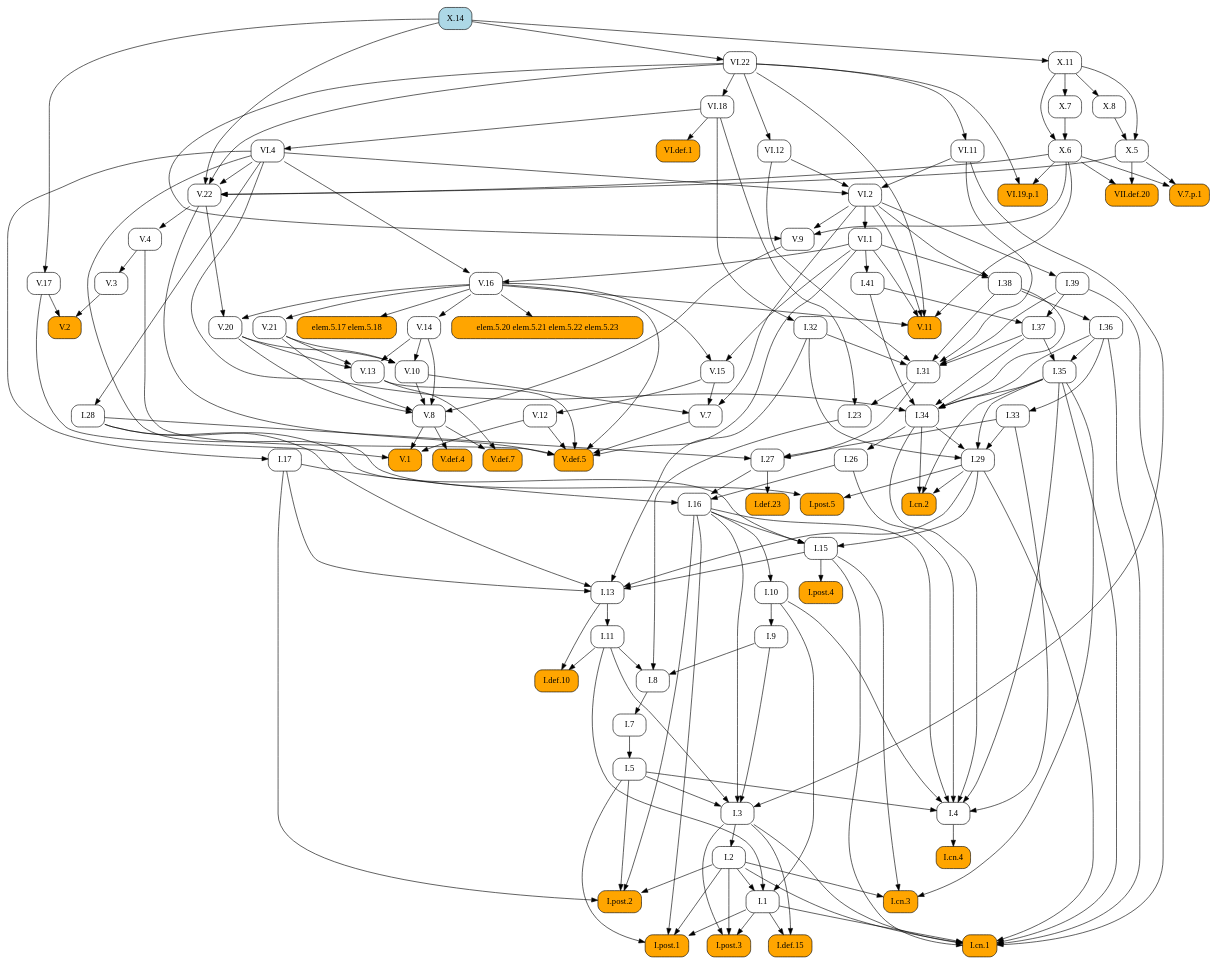
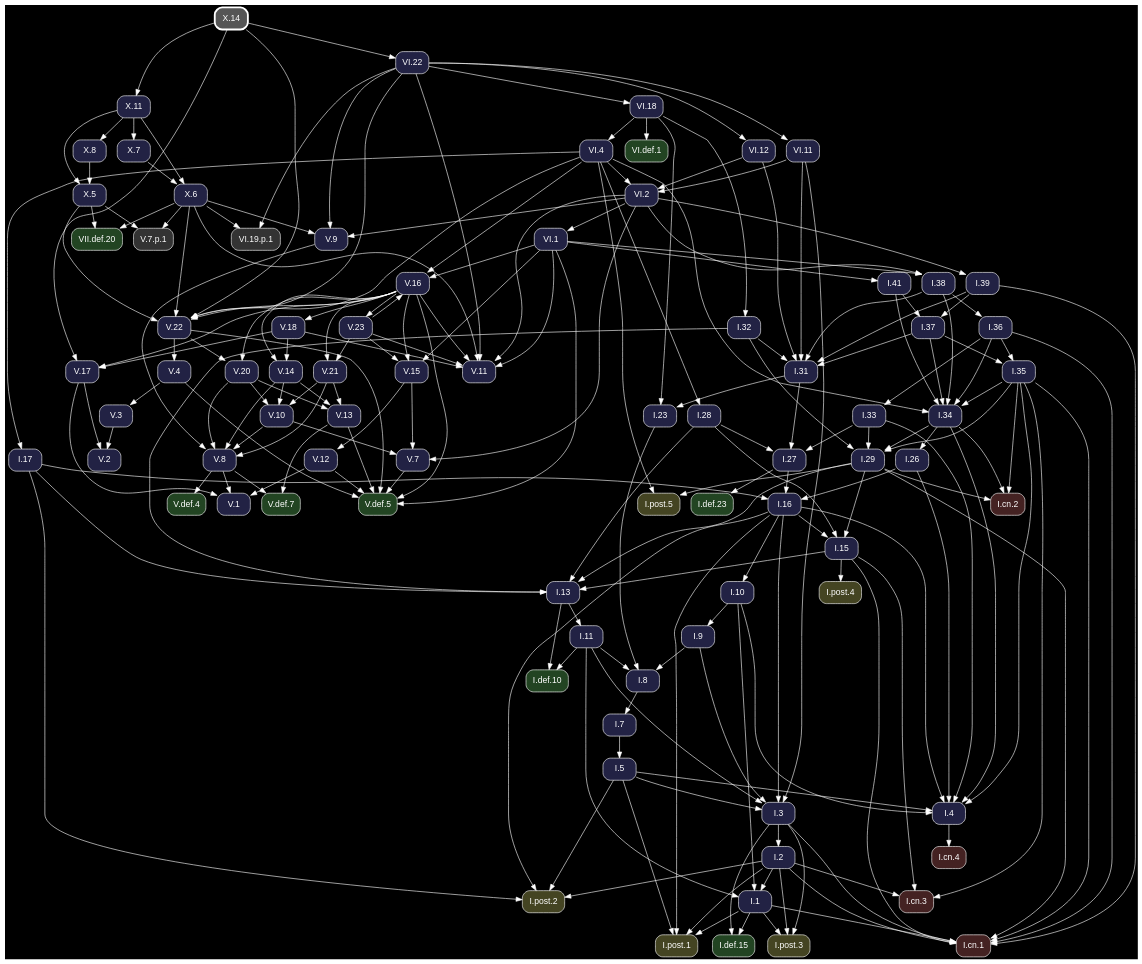
The diagram in docsrc/heath/X/14/index.rst (geometor/elements), drawn with Graphviz before and after one commit. The commit also changed other lines of this file and 1200 other files, not shown here.

Commit message:
update dependency graphs

```diff
--- a/docsrc/heath/X/14/index.rst
+++ b/docsrc/heath/X/14/index.rst
@@ -45,217 +45,97 @@
 .. graphviz::
 
    digraph {
+     bgcolor="black";
+     node [shape=box, style="rounded,filled", fontname="Helvetica", color="white", fontcolor="white"];
+     edge [color="white", fontcolor="white"];
      rankdir="TB";
-     node [shape=box, style=rounded];
-     "I.23" [URL="/heath/I/23/", target="_top"];
-     "I.9" [URL="/heath/I/9/", target="_top"];
-     "VI.def.1" [style="rounded,filled", fillcolor=orange, URL="/heath/VI/def.1/", target="_top"];
-     "V.13" [URL="/heath/V/13/", target="_top"];
-     "I.def.15" [style="rounded,filled", fillcolor=orange, URL="/heath/I/def.15/", target="_top"];
-     "V.7" [URL="/heath/V/7/", target="_top"];
-     "elem.5.17 elem.5.18" [style="rounded,filled", fillcolor=orange];
-     "V.7.p.1" [style="rounded,filled", fillcolor=orange];
-     "I.post.1" [style="rounded,filled", fillcolor=orange, URL="/heath/I/post.1/", target="_top"];
-     "V.14" [URL="/heath/V/14/", target="_top"];
-     "X.6" [URL="/heath/X/6/", target="_top"];
-     "V.9" [URL="/heath/V/9/", target="_top"];
-     "I.31" [URL="/heath/I/31/", target="_top"];
-     "V.10" [URL="/heath/V/10/", target="_top"];
-     "I.def.10" [style="rounded,filled", fillcolor=orange, URL="/heath/I/def.10/", target="_top"];
-     "V.4" [URL="/heath/V/4/", target="_top"];
-     "VI.1" [URL="/heath/VI/1/", target="_top"];
-     "I.39" [URL="/heath/I/39/", target="_top"];
-     "V.11" [style="rounded,filled", fillcolor=orange, URL="/heath/V/11/", target="_top"];
-     "V.17" [URL="/heath/V/17/", target="_top"];
-     "I.34" [URL="/heath/I/34/", target="_top"];
-     "VII.def.20" [style="rounded,filled", fillcolor=orange, URL="/heath/VII/def.20/", target="_top"];
-     "I.3" [URL="/heath/I/3/", target="_top"];
-     "V.def.4" [style="rounded,filled", fillcolor=orange, URL="/heath/V/def.4/", target="_top"];
-     "V.def.7" [style="rounded,filled", fillcolor=orange, URL="/heath/V/def.7/", target="_top"];
-     "I.2" [URL="/heath/I/2/", target="_top"];
-     "V.21" [URL="/heath/V/21/", target="_top"];
-     "V.3" [URL="/heath/V/3/", target="_top"];
-     "I.13" [URL="/heath/I/13/", target="_top"];
-     "I.post.4" [style="rounded,filled", fillcolor=orange, URL="/heath/I/post.4/", target="_top"];
-     "I.4" [URL="/heath/I/4/", target="_top"];
-     "I.1" [URL="/heath/I/1/", target="_top"];
-     "I.8" [URL="/heath/I/8/", target="_top"];
-     "I.17" [URL="/heath/I/17/", target="_top"];
-     "VI.22" [URL="/heath/VI/22/", target="_top"];
-     "I.29" [URL="/heath/I/29/", target="_top"];
-     "V.8" [URL="/heath/V/8/", target="_top"];
-     "I.38" [URL="/heath/I/38/", target="_top"];
-     "I.15" [URL="/heath/I/15/", target="_top"];
-     "I.10" [URL="/heath/I/10/", target="_top"];
-     "I.11" [URL="/heath/I/11/", target="_top"];
-     "I.def.23" [style="rounded,filled", fillcolor=orange, URL="/heath/I/def.23/", target="_top"];
-     "X.14" [style="rounded,filled", fillcolor=lightblue, URL="/heath/X/14/", target="_top"];
-     "VI.4" [URL="/heath/VI/4/", target="_top"];
-     "I.26" [URL="/heath/I/26/", target="_top"];
-     "V.16" [URL="/heath/V/16/", target="_top"];
-     "I.33" [URL="/heath/I/33/", target="_top"];
-     "I.32" [URL="/heath/I/32/", target="_top"];
-     "X.11" [URL="/heath/X/11/", target="_top"];
-     "X.8" [URL="/heath/X/8/", target="_top"];
-     "I.post.3" [style="rounded,filled", fillcolor=orange, URL="/heath/I/post.3/", target="_top"];
-     "V.def.5" [style="rounded,filled", fillcolor=orange, URL="/heath/V/def.5/", target="_top"];
-     "V.20" [URL="/heath/V/20/", target="_top"];
-     "I.27" [URL="/heath/I/27/", target="_top"];
-     "V.12" [URL="/heath/V/12/", target="_top"];
-     "I.35" [URL="/heath/I/35/", target="_top"];
-     "I.cn.1" [style="rounded,filled", fillcolor=orange, URL="/heath/I/cn.1/", target="_top"];
-     "V.2" [style="rounded,filled", fillcolor=orange, URL="/heath/V/2/", target="_top"];
-     "I.7" [URL="/heath/I/7/", target="_top"];
-     "I.36" [URL="/heath/I/36/", target="_top"];
-     "X.5" [URL="/heath/X/5/", target="_top"];
-     "I.5" [URL="/heath/I/5/", target="_top"];
-     "I.37" [URL="/heath/I/37/", target="_top"];
-     "VI.19.p.1" [style="rounded,filled", fillcolor=orange];
-     "I.cn.3" [style="rounded,filled", fillcolor=orange, URL="/heath/I/cn.3/", target="_top"];
-     "I.16" [URL="/heath/I/16/", target="_top"];
-     "X.7" [URL="/heath/X/7/", target="_top"];
-     "VI.18" [URL="/heath/VI/18/", target="_top"];
-     "V.1" [style="rounded,filled", fillcolor=orange, URL="/heath/V/1/", target="_top"];
-     "V.22" [URL="/heath/V/22/", target="_top"];
-     "VI.12" [URL="/heath/VI/12/", target="_top"];
-     "I.cn.2" [style="rounded,filled", fillcolor=orange, URL="/heath/I/cn.2/", target="_top"];
-     "I.post.5" [style="rounded,filled", fillcolor=orange, URL="/heath/I/post.5/", target="_top"];
-     "VI.2" [URL="/heath/VI/2/", target="_top"];
-     "I.28" [URL="/heath/I/28/", target="_top"];
-     "I.cn.4" [style="rounded,filled", fillcolor=orange, URL="/heath/I/cn.4/", target="_top"];
-     "V.15" [URL="/heath/V/15/", target="_top"];
-     "I.post.2" [style="rounded,filled", fillcolor=orange, URL="/heath/I/post.2/", target="_top"];
-     "I.41" [URL="/heath/I/41/", target="_top"];
-     "VI.11" [URL="/heath/VI/11/", target="_top"];
-     "elem.5.20 elem.5.21 elem.5.22 elem.5.23" [style="rounded,filled", fillcolor=orange];
-     "I.31" -> "I.23";
-     "VI.18" -> "I.23";
-     "I.10" -> "I.9";
-     "VI.18" -> "VI.def.1";
-     "V.14" -> "V.13";
-     "V.20" -> "V.13";
-     "V.21" -> "V.13";
-     "I.1" -> "I.def.15";
-     "I.3" -> "I.def.15";
-     "V.10" -> "V.7";
-     "V.15" -> "V.7";
-     "VI.2" -> "V.7";
-     "V.16" -> "elem.5.17 elem.5.18";
-     "X.5" -> "V.7.p.1";
-     "X.6" -> "V.7.p.1";
-     "I.1" -> "I.post.1";
-     "I.2" -> "I.post.1";
-     "I.5" -> "I.post.1";
-     "I.16" -> "I.post.1";
-     "V.16" -> "V.14";
+     "V.15" [fillcolor="#222244", URL="/heath/V/15/", target="_top"];
+     "X.6" [fillcolor="#222244", URL="/heath/X/6/", target="_top"];
+     "I.32" [fillcolor="#222244", URL="/heath/I/32/", target="_top"];
+     "I.cn.1" [fillcolor="#442222", URL="/heath/I/cn.1/", target="_top"];
+     "V.18" [fillcolor="#222244", URL="/heath/V/18/", target="_top"];
+     "V.14" [fillcolor="#222244", URL="/heath/V/14/", target="_top"];
+     "I.28" [fillcolor="#222244", URL="/heath/I/28/", target="_top"];
+     "I.27" [fillcolor="#222244", URL="/heath/I/27/", target="_top"];
+     "V.23" [fillcolor="#222244", URL="/heath/V/23/", target="_top"];
+     "I.2" [fillcolor="#222244", URL="/heath/I/2/", target="_top"];
+     "I.41" [fillcolor="#222244", URL="/heath/I/41/", target="_top"];
+     "I.post.4" [fillcolor="#444422", URL="/heath/I/post.4/", target="_top"];
+     "I.26" [fillcolor="#222244", URL="/heath/I/26/", target="_top"];
+     "I.8" [fillcolor="#222244", URL="/heath/I/8/", target="_top"];
+     "V.4" [fillcolor="#222244", URL="/heath/V/4/", target="_top"];
+     "V.16" [fillcolor="#222244", URL="/heath/V/16/", target="_top"];
+     "VI.2" [fillcolor="#222244", URL="/heath/VI/2/", target="_top"];
+     "I.7" [fillcolor="#222244", URL="/heath/I/7/", target="_top"];
+     "I.5" [fillcolor="#222244", URL="/heath/I/5/", target="_top"];
+     "VI.22" [fillcolor="#222244", URL="/heath/VI/22/", target="_top"];
+     "V.11" [fillcolor="#222244", URL="/heath/V/11/", target="_top"];
+     "V.def.4" [fillcolor="#224422", URL="/heath/V/def.4/", target="_top"];
+     "V.20" [fillcolor="#222244", URL="/heath/V/20/", target="_top"];
+     "X.5" [fillcolor="#222244", URL="/heath/X/5/", target="_top"];
+     "I.11" [fillcolor="#222244", URL="/heath/I/11/", target="_top"];
+     "I.37" [fillcolor="#222244", URL="/heath/I/37/", target="_top"];
+     "I.cn.3" [fillcolor="#442222", URL="/heath/I/cn.3/", target="_top"];
+     "I.36" [fillcolor="#222244", URL="/heath/I/36/", target="_top"];
+     "I.38" [fillcolor="#222244", URL="/heath/I/38/", target="_top"];
+     "I.post.2" [fillcolor="#444422", URL="/heath/I/post.2/", target="_top"];
+     "I.def.23" [fillcolor="#224422", URL="/heath/I/def.23/", target="_top"];
+     "X.8" [fillcolor="#222244", URL="/heath/X/8/", target="_top"];
+     "I.35" [fillcolor="#222244", URL="/heath/I/35/", target="_top"];
+     "X.14" [penwidth=3, color="white", fillcolor="#555555", URL="/heath/X/14/", target="_top"];
+     "I.post.3" [fillcolor="#444422", URL="/heath/I/post.3/", target="_top"];
+     "V.13" [fillcolor="#222244", URL="/heath/V/13/", target="_top"];
+     "VI.11" [fillcolor="#222244", URL="/heath/VI/11/", target="_top"];
+     "V.8" [fillcolor="#222244", URL="/heath/V/8/", target="_top"];
+     "I.33" [fillcolor="#222244", URL="/heath/I/33/", target="_top"];
+     "V.10" [fillcolor="#222244", URL="/heath/V/10/", target="_top"];
+     "I.17" [fillcolor="#222244", URL="/heath/I/17/", target="_top"];
+     "V.def.5" [fillcolor="#224422", URL="/heath/V/def.5/", target="_top"];
+     "V.22" [fillcolor="#222244", URL="/heath/V/22/", target="_top"];
+     "I.31" [fillcolor="#222244", URL="/heath/I/31/", target="_top"];
+     "I.3" [fillcolor="#222244", URL="/heath/I/3/", target="_top"];
+     "V.12" [fillcolor="#222244", URL="/heath/V/12/", target="_top"];
+     "I.def.10" [fillcolor="#224422", URL="/heath/I/def.10/", target="_top"];
+     "I.15" [fillcolor="#222244", URL="/heath/I/15/", target="_top"];
+     "VII.def.20" [fillcolor="#224422", URL="/heath/VII/def.20/", target="_top"];
+     "I.39" [fillcolor="#222244", URL="/heath/I/39/", target="_top"];
+     "X.11" [fillcolor="#222244", URL="/heath/X/11/", target="_top"];
+     "I.13" [fillcolor="#222244", URL="/heath/I/13/", target="_top"];
+     "X.7" [fillcolor="#222244", URL="/heath/X/7/", target="_top"];
+     "VI.18" [fillcolor="#222244", URL="/heath/VI/18/", target="_top"];
+     "I.cn.2" [fillcolor="#442222", URL="/heath/I/cn.2/", target="_top"];
+     "I.9" [fillcolor="#222244", URL="/heath/I/9/", target="_top"];
+     "VI.19.p.1" [fillcolor="#333333"];
+     "VI.def.1" [fillcolor="#224422", URL="/heath/VI/def.1/", target="_top"];
+     "I.post.5" [fillcolor="#444422", URL="/heath/I/post.5/", target="_top"];
+     "I.1" [fillcolor="#222244", URL="/heath/I/1/", target="_top"];
+     "I.23" [fillcolor="#222244", URL="/heath/I/23/", target="_top"];
+     "I.4" [fillcolor="#222244", URL="/heath/I/4/", target="_top"];
+     "VI.4" [fillcolor="#222244", URL="/heath/VI/4/", target="_top"];
+     "V.7" [fillcolor="#222244", URL="/heath/V/7/", target="_top"];
+     "VI.12" [fillcolor="#222244", URL="/heath/VI/12/", target="_top"];
+     "V.9" [fillcolor="#222244", URL="/heath/V/9/", target="_top"];
+     "VI.1" [fillcolor="#222244", URL="/heath/VI/1/", target="_top"];
+     "I.10" [fillcolor="#222244", URL="/heath/I/10/", target="_top"];
+     "V.def.7" [fillcolor="#224422", URL="/heath/V/def.7/", target="_top"];
+     "I.post.1" [fillcolor="#444422", URL="/heath/I/post.1/", target="_top"];
+     "I.16" [fillcolor="#222244", URL="/heath/I/16/", target="_top"];
+     "I.29" [fillcolor="#222244", URL="/heath/I/29/", target="_top"];
+     "I.cn.4" [fillcolor="#442222", URL="/heath/I/cn.4/", target="_top"];
+     "V.2" [fillcolor="#222244", URL="/heath/V/2/", target="_top"];
+     "V.1" [fillcolor="#222244", URL="/heath/V/1/", target="_top"];
+     "V.21" [fillcolor="#222244", URL="/heath/V/21/", target="_top"];
+     "V.7.p.1" [fillcolor="#333333"];
+     "I.34" [fillcolor="#222244", URL="/heath/I/34/", target="_top"];
+     "I.def.15" [fillcolor="#224422", URL="/heath/I/def.15/", target="_top"];
+     "V.3" [fillcolor="#222244", URL="/heath/V/3/", target="_top"];
+     "V.17" [fillcolor="#222244", URL="/heath/V/17/", target="_top"];
+     "V.16" -> "V.15";
+     "V.23" -> "V.15";
+     "VI.1" -> "V.15";
      "X.7" -> "X.6";
      "X.11" -> "X.6";
-     "VI.2" -> "V.9";
-     "VI.22" -> "V.9";
-     "X.6" -> "V.9";
-     "I.32" -> "I.31";
-     "I.37" -> "I.31";
-     "I.38" -> "I.31";
-     "I.39" -> "I.31";
-     "VI.11" -> "I.31";
-     "VI.12" -> "I.31";
-     "V.14" -> "V.10";
-     "V.20" -> "V.10";
-     "V.21" -> "V.10";
-     "I.11" -> "I.def.10";
-     "I.13" -> "I.def.10";
-     "V.22" -> "V.4";
-     "VI.2" -> "VI.1";
-     "VI.2" -> "I.39";
-     "V.16" -> "V.11";
-     "VI.1" -> "V.11";
-     "VI.2" -> "V.11";
-     "VI.22" -> "V.11";
-     "X.6" -> "V.11";
-     "X.14" -> "V.17";
-     "I.35" -> "I.34";
-     "I.36" -> "I.34";
-     "I.37" -> "I.34";
-     "I.38" -> "I.34";
-     "I.41" -> "I.34";
-     "VI.4" -> "I.34";
-     "X.5" -> "VII.def.20";
-     "X.6" -> "VII.def.20";
-     "I.5" -> "I.3";
-     "I.9" -> "I.3";
-     "I.11" -> "I.3";
-     "I.16" -> "I.3";
-     "VI.11" -> "I.3";
-     "V.8" -> "V.def.4";
-     "V.8" -> "V.def.7";
-     "V.13" -> "V.def.7";
-     "I.3" -> "I.2";
-     "V.16" -> "V.21";
-     "V.4" -> "V.3";
-     "I.15" -> "I.13";
-     "I.17" -> "I.13";
-     "I.28" -> "I.13";
-     "I.29" -> "I.13";
-     "I.32" -> "I.13";
-     "I.15" -> "I.post.4";
-     "I.5" -> "I.4";
-     "I.10" -> "I.4";
-     "I.16" -> "I.4";
-     "I.26" -> "I.4";
-     "I.33" -> "I.4";
-     "I.34" -> "I.4";
-     "I.35" -> "I.4";
-     "I.2" -> "I.1";
-     "I.10" -> "I.1";
-     "I.11" -> "I.1";
-     "I.9" -> "I.8";
-     "I.11" -> "I.8";
-     "I.23" -> "I.8";
-     "VI.4" -> "I.17";
-     "X.14" -> "VI.22";
-     "I.32" -> "I.29";
-     "I.33" -> "I.29";
-     "I.34" -> "I.29";
-     "I.35" -> "I.29";
-     "V.9" -> "V.8";
-     "V.10" -> "V.8";
-     "V.14" -> "V.8";
-     "V.20" -> "V.8";
-     "V.21" -> "V.8";
-     "VI.1" -> "I.38";
-     "VI.2" -> "I.38";
-     "I.16" -> "I.15";
-     "I.28" -> "I.15";
-     "I.29" -> "I.15";
-     "I.16" -> "I.10";
-     "I.13" -> "I.11";
-     "I.27" -> "I.def.23";
-     "VI.18" -> "VI.4";
-     "I.34" -> "I.26";
-     "VI.1" -> "V.16";
-     "VI.4" -> "V.16";
-     "I.36" -> "I.33";
      "VI.18" -> "I.32";
-     "X.14" -> "X.11";
-     "X.11" -> "X.8";
-     "I.1" -> "I.post.3";
-     "I.2" -> "I.post.3";
-     "I.3" -> "I.post.3";
-     "V.4" -> "V.def.5";
-     "V.7" -> "V.def.5";
-     "V.12" -> "V.def.5";
-     "V.13" -> "V.def.5";
-     "V.16" -> "V.def.5";
-     "V.22" -> "V.def.5";
-     "VI.1" -> "V.def.5";
-     "V.16" -> "V.20";
-     "V.22" -> "V.20";
-     "I.28" -> "I.27";
-     "I.31" -> "I.27";
-     "I.33" -> "I.27";
-     "V.15" -> "V.12";
-     "I.36" -> "I.35";
-     "I.37" -> "I.35";
      "I.1" -> "I.cn.1";
      "I.2" -> "I.cn.1";
      "I.3" -> "I.cn.1";
@@ -264,51 +144,182 @@
      "I.35" -> "I.cn.1";
      "I.36" -> "I.cn.1";
      "I.39" -> "I.cn.1";
-     "V.3" -> "V.2";
-     "V.17" -> "V.2";
+     "V.16" -> "V.18";
+     "V.16" -> "V.14";
+     "V.18" -> "V.14";
+     "VI.4" -> "I.28";
+     "I.28" -> "I.27";
+     "I.31" -> "I.27";
+     "I.33" -> "I.27";
+     "V.16" -> "V.23";
+     "I.3" -> "I.2";
+     "VI.1" -> "I.41";
+     "I.15" -> "I.post.4";
+     "I.34" -> "I.26";
+     "I.9" -> "I.8";
+     "I.11" -> "I.8";
+     "I.23" -> "I.8";
+     "V.22" -> "V.4";
+     "V.23" -> "V.16";
+     "VI.1" -> "V.16";
+     "VI.4" -> "V.16";
+     "VI.4" -> "VI.2";
+     "VI.11" -> "VI.2";
+     "VI.12" -> "VI.2";
      "I.8" -> "I.7";
-     "I.38" -> "I.36";
+     "I.7" -> "I.5";
+     "X.14" -> "VI.22";
+     "V.16" -> "V.11";
+     "V.18" -> "V.11";
+     "V.23" -> "V.11";
+     "VI.1" -> "V.11";
+     "VI.2" -> "V.11";
+     "VI.22" -> "V.11";
+     "X.6" -> "V.11";
+     "V.8" -> "V.def.4";
+     "V.16" -> "V.20";
+     "V.22" -> "V.20";
      "X.8" -> "X.5";
      "X.11" -> "X.5";
-     "I.7" -> "I.5";
+     "I.13" -> "I.11";
      "I.39" -> "I.37";
      "I.41" -> "I.37";
-     "VI.22" -> "VI.19.p.1";
-     "X.6" -> "VI.19.p.1";
      "I.2" -> "I.cn.3";
      "I.15" -> "I.cn.3";
      "I.35" -> "I.cn.3";
-     "I.17" -> "I.16";
-     "I.26" -> "I.16";
-     "I.27" -> "I.16";
-     "X.11" -> "X.7";
-     "VI.22" -> "VI.18";
-     "V.8" -> "V.1";
-     "V.12" -> "V.1";
-     "V.17" -> "V.1";
+     "I.38" -> "I.36";
+     "VI.1" -> "I.38";
+     "VI.2" -> "I.38";
+     "I.2" -> "I.post.2";
+     "I.5" -> "I.post.2";
+     "I.16" -> "I.post.2";
+     "I.17" -> "I.post.2";
+     "I.27" -> "I.def.23";
+     "X.11" -> "X.8";
+     "I.36" -> "I.35";
+     "I.37" -> "I.35";
+     "I.1" -> "I.post.3";
+     "I.2" -> "I.post.3";
+     "I.3" -> "I.post.3";
+     "V.14" -> "V.13";
+     "V.20" -> "V.13";
+     "V.21" -> "V.13";
+     "VI.22" -> "VI.11";
+     "V.9" -> "V.8";
+     "V.10" -> "V.8";
+     "V.14" -> "V.8";
+     "V.20" -> "V.8";
+     "V.21" -> "V.8";
+     "I.36" -> "I.33";
+     "V.14" -> "V.10";
+     "V.20" -> "V.10";
+     "V.21" -> "V.10";
+     "VI.4" -> "I.17";
+     "V.4" -> "V.def.5";
+     "V.7" -> "V.def.5";
+     "V.12" -> "V.def.5";
+     "V.13" -> "V.def.5";
+     "V.16" -> "V.def.5";
+     "V.22" -> "V.def.5";
+     "VI.1" -> "V.def.5";
+     "V.16" -> "V.22";
      "VI.4" -> "V.22";
      "VI.22" -> "V.22";
      "X.5" -> "V.22";
      "X.6" -> "V.22";
      "X.14" -> "V.22";
-     "VI.22" -> "VI.12";
+     "I.32" -> "I.31";
+     "I.37" -> "I.31";
+     "I.38" -> "I.31";
+     "I.39" -> "I.31";
+     "VI.11" -> "I.31";
+     "VI.12" -> "I.31";
+     "I.5" -> "I.3";
+     "I.9" -> "I.3";
+     "I.11" -> "I.3";
+     "I.16" -> "I.3";
+     "VI.11" -> "I.3";
+     "V.15" -> "V.12";
+     "I.11" -> "I.def.10";
+     "I.13" -> "I.def.10";
+     "I.16" -> "I.15";
+     "I.28" -> "I.15";
+     "I.29" -> "I.15";
+     "X.5" -> "VII.def.20";
+     "X.6" -> "VII.def.20";
+     "VI.2" -> "I.39";
+     "X.14" -> "X.11";
+     "I.15" -> "I.13";
+     "I.17" -> "I.13";
+     "I.28" -> "I.13";
+     "I.29" -> "I.13";
+     "I.32" -> "I.13";
+     "X.11" -> "X.7";
+     "VI.22" -> "VI.18";
      "I.29" -> "I.cn.2";
      "I.34" -> "I.cn.2";
      "I.35" -> "I.cn.2";
+     "I.10" -> "I.9";
+     "VI.22" -> "VI.19.p.1";
+     "X.6" -> "VI.19.p.1";
+     "VI.18" -> "VI.def.1";
      "I.29" -> "I.post.5";
      "VI.4" -> "I.post.5";
-     "VI.4" -> "VI.2";
-     "VI.11" -> "VI.2";
-     "VI.12" -> "VI.2";
-     "VI.4" -> "I.28";
+     "I.2" -> "I.1";
+     "I.10" -> "I.1";
+     "I.11" -> "I.1";
+     "I.31" -> "I.23";
+     "VI.18" -> "I.23";
+     "I.5" -> "I.4";
+     "I.10" -> "I.4";
+     "I.16" -> "I.4";
+     "I.26" -> "I.4";
+     "I.33" -> "I.4";
+     "I.34" -> "I.4";
+     "I.35" -> "I.4";
+     "VI.18" -> "VI.4";
+     "V.10" -> "V.7";
+     "V.15" -> "V.7";
+     "VI.2" -> "V.7";
+     "VI.22" -> "VI.12";
+     "VI.2" -> "V.9";
+     "VI.22" -> "V.9";
+     "X.6" -> "V.9";
+     "VI.2" -> "VI.1";
+     "I.16" -> "I.10";
+     "V.8" -> "V.def.7";
+     "V.13" -> "V.def.7";
+     "I.1" -> "I.post.1";
+     "I.2" -> "I.post.1";
+     "I.5" -> "I.post.1";
+     "I.16" -> "I.post.1";
+     "I.17" -> "I.16";
+     "I.26" -> "I.16";
+     "I.27" -> "I.16";
+     "I.32" -> "I.29";
+     "I.33" -> "I.29";
+     "I.34" -> "I.29";
+     "I.35" -> "I.29";
      "I.4" -> "I.cn.4";
-     "V.16" -> "V.15";
-     "VI.1" -> "V.15";
-     "I.2" -> "I.post.2";
-     "I.5" -> "I.post.2";
-     "I.16" -> "I.post.2";
-     "I.17" -> "I.post.2";
-     "VI.1" -> "I.41";
-     "VI.22" -> "VI.11";
-     "V.16" -> "elem.5.20 elem.5.21 elem.5.22 elem.5.23";
+     "V.3" -> "V.2";
+     "V.17" -> "V.2";
+     "V.8" -> "V.1";
+     "V.12" -> "V.1";
+     "V.17" -> "V.1";
+     "V.16" -> "V.21";
+     "V.23" -> "V.21";
+     "X.5" -> "V.7.p.1";
+     "X.6" -> "V.7.p.1";
+     "I.35" -> "I.34";
+     "I.36" -> "I.34";
+     "I.37" -> "I.34";
+     "I.38" -> "I.34";
+     "I.41" -> "I.34";
+     "VI.4" -> "I.34";
+     "I.1" -> "I.def.15";
+     "I.3" -> "I.def.15";
+     "V.4" -> "V.3";
+     "V.16" -> "V.17";
+     "V.18" -> "V.17";
+     "X.14" -> "V.17";
    }
```
